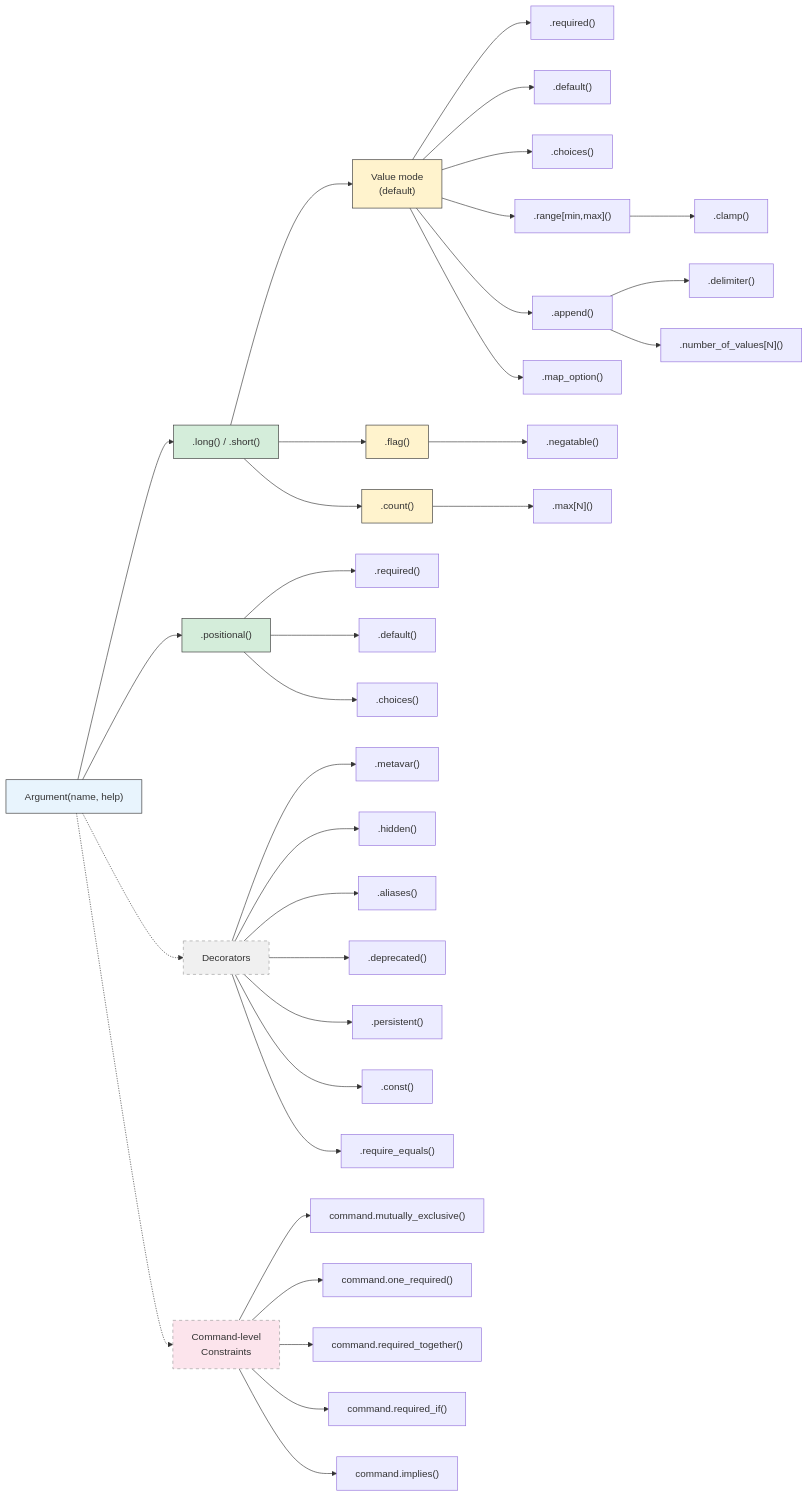
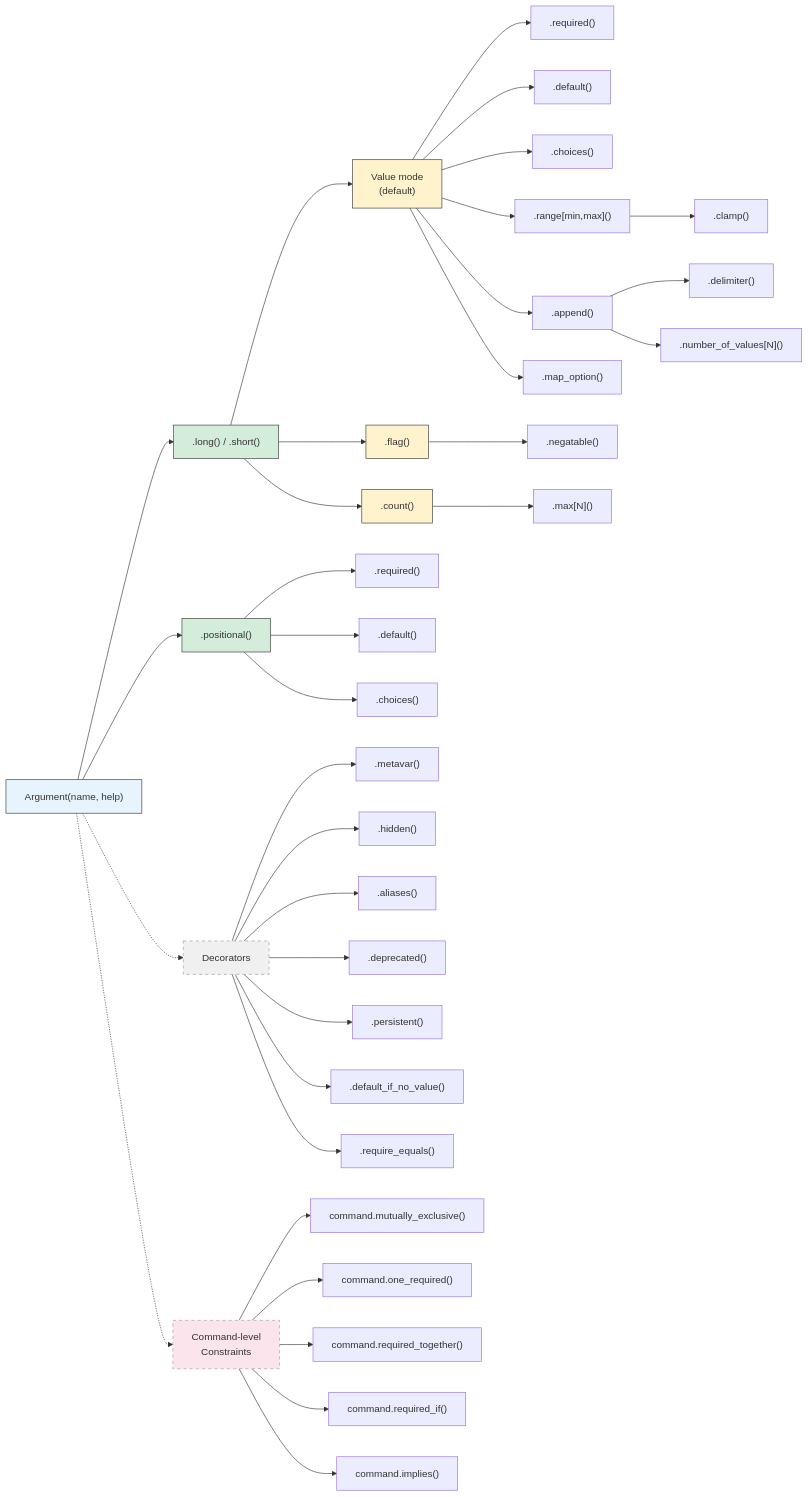
The diagram in docs/user_manual.md (forfudan/argmojo), drawn with Mermaid before and after one commit. The commit also changed other lines of this file and 6 other files, not shown here.

Commit message:
const -> default_no_value

````diff
--- a/docs/user_manual.md
+++ b/docs/user_manual.md
@@ -1089,53 +1089,53 @@
 ```mermaid
 flowchart LR
     ARG["Argument(name, help)"]
 
     ARG --> NAMED[".long() / .short()"]
     ARG --> POS[".positional()"]
 
     NAMED --> VAL["Value mode\n(default)"]
     NAMED --> FLAG[".flag()"]
     NAMED --> COUNT[".count()"]
 
     VAL --> req1[".required()"]
     VAL --> def1[".default()"]
     VAL --> cho1[".choices()"]
     VAL --> rng[".range[min,max]()"]
     rng --> clp[".clamp()"]
     VAL --> app[".append()"]
     app --> delim[".delimiter()"]
     app --> nvals[".number_of_values[N]()"]
     VAL --> mapopt[".map_option()"]
 
     FLAG --> neg[".negatable()"]
     COUNT --> maxn[".max[N]()"]
 
     POS --> req2[".required()"]
     POS --> def2[".default()"]
     POS --> cho2[".choices()"]
 
     ARG -.-> DEC["Decorators"]
     DEC --> meta[".metavar()"]
     DEC --> hid[".hidden()"]
     DEC --> ali[".aliases()"]
     DEC --> dep[".deprecated()"]
     DEC --> per[".persistent()"]
-    DEC --> cst[".const()"]
+    DEC --> dinv[".default_if_no_value()"]
     DEC --> reqeq[".require_equals()"]
 
     ARG -.-> CMDCON["Command-level\nConstraints"]
     CMDCON --> mutex["command.mutually_exclusive()"]
     CMDCON --> onereq["command.one_required()"]
     CMDCON --> reqtog["command.required_together()"]
     CMDCON --> reqif["command.required_if()"]
     CMDCON --> imp["command.implies()"]
 
     style ARG fill:#e8f4fd,stroke:#333
     style NAMED fill:#d4edda,stroke:#333
     style POS fill:#d4edda,stroke:#333
     style FLAG fill:#fff3cd,stroke:#333
     style COUNT fill:#fff3cd,stroke:#333
     style VAL fill:#fff3cd,stroke:#333
     style DEC fill:#f0f0f0,stroke:#999,stroke-dasharray: 5 5
     style CMDCON fill:#fce4ec,stroke:#999,stroke-dasharray: 5 5
 ```
````
